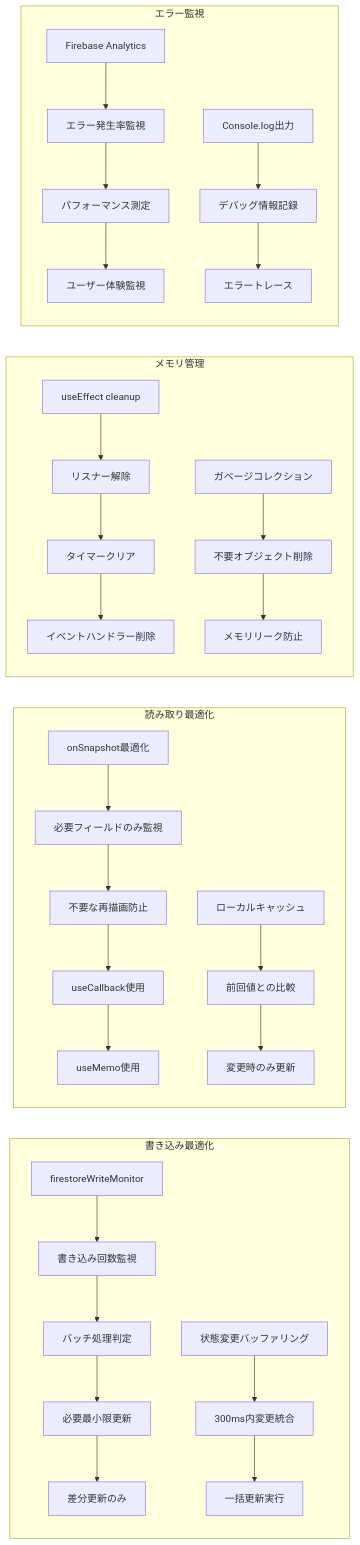
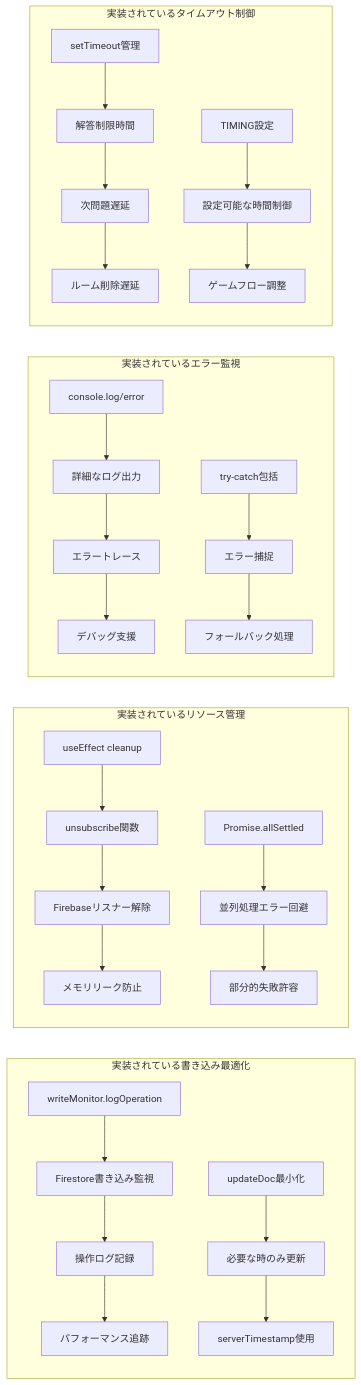
Before and after one commit to Stasshe/Spector-Quiz: the sixth of 6 diagrams in Developer-Management/Markdown/QUIZ-FLOW-DIAGRAM.md, drawn with Mermaid. The commit also changed other lines of this file and 1 other file, not shown here.

````diff
--- a/Developer-Management/Markdown/QUIZ-FLOW-DIAGRAM.md
+++ b/Developer-Management/Markdown/QUIZ-FLOW-DIAGRAM.md
@@ -473,40 +440,38 @@
 ```mermaid
 graph LR
-    subgraph "書き込み最適化"
-        WO1[firestoreWriteMonitor] --> WO2[書き込み回数監視]
-        WO2 --> WO3[バッチ処理判定]
-        WO3 --> WO4[必要最小限更新]
-        WO4 --> WO5[差分更新のみ]
+    subgraph "実装されている書き込み最適化"
+        WO1[writeMonitor.logOperation] --> WO2[Firestore書き込み監視]
+        WO2 --> WO3[操作ログ記録]
+        WO3 --> WO4[パフォーマンス追跡]
         
-        WO6[状態変更バッファリング] --> WO7[300ms内変更統合]
-        WO7 --> WO8[一括更新実行]
+        WO5[updateDoc最小化] --> WO6[必要な時のみ更新]
+        WO6 --> WO7[serverTimestamp使用]
     end
     
-    subgraph "読み取り最適化"
-        RO1[onSnapshot最適化] --> RO2[必要フィールドのみ監視]
-        RO2 --> RO3[不要な再描画防止]
-        RO3 --> RO4[useCallback使用]
-        RO4 --> RO5[useMemo使用]
+    subgraph "実装されているリソース管理"
+        RM1[useEffect cleanup] --> RM2[unsubscribe関数]
+        RM2 --> RM3[Firebaseリスナー解除]
+        RM3 --> RM4[メモリリーク防止]
         
-        RO6[ローカルキャッシュ] --> RO7[前回値との比較]
-        RO7 --> RO8[変更時のみ更新]
+        RM5[Promise.allSettled] --> RM6[並列処理エラー回避]
+        RM6 --> RM7[部分的失敗許容]
     end
     
-    subgraph "メモリ管理"
-        MM1[useEffect cleanup] --> MM2[リスナー解除]
-        MM2 --> MM3[タイマークリア]
-        MM3 --> MM4[イベントハンドラー削除]
+    subgraph "実装されているエラー監視"
+        EM1[console.log/error] --> EM2[詳細なログ出力]
+        EM2 --> EM3[エラートレース]
+        EM3 --> EM4[デバッグ支援]
         
-        MM5[ガベージコレクション] --> MM6[不要オブジェクト削除]
-        MM6 --> MM7[メモリリーク防止]
+        EM5[try-catch包括] --> EM6[エラー捕捉]
+        EM6 --> EM7[フォールバック処理]
     end
     
-    subgraph "エラー監視"
-        EM1[Firebase Analytics] --> EM2[エラー発生率監視]
-        EM2 --> EM3[パフォーマンス測定]
-        EM3 --> EM4[ユーザー体験監視]
+    subgraph "実装されているタイムアウト制御"
+        TO1[setTimeout管理] --> TO2[解答制限時間]
+        TO2 --> TO3[次問題遅延]
+        TO3 --> TO4[ルーム削除遅延]
         
-        EM5[Console.log出力] --> EM6[デバッグ情報記録]
-        EM6 --> EM7[エラートレース]
+        TO5[TIMING設定] --> TO6[設定可能な時間制御]
+        TO6 --> TO7[ゲームフロー調整]
     end
 ```
````
